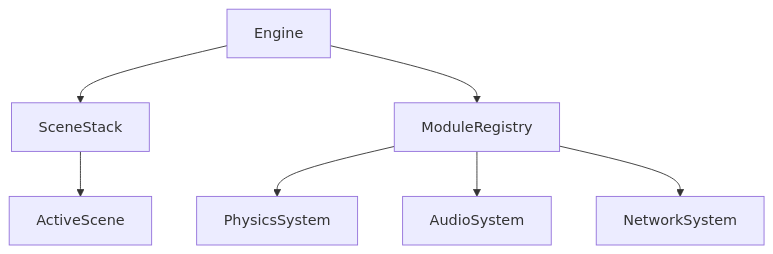
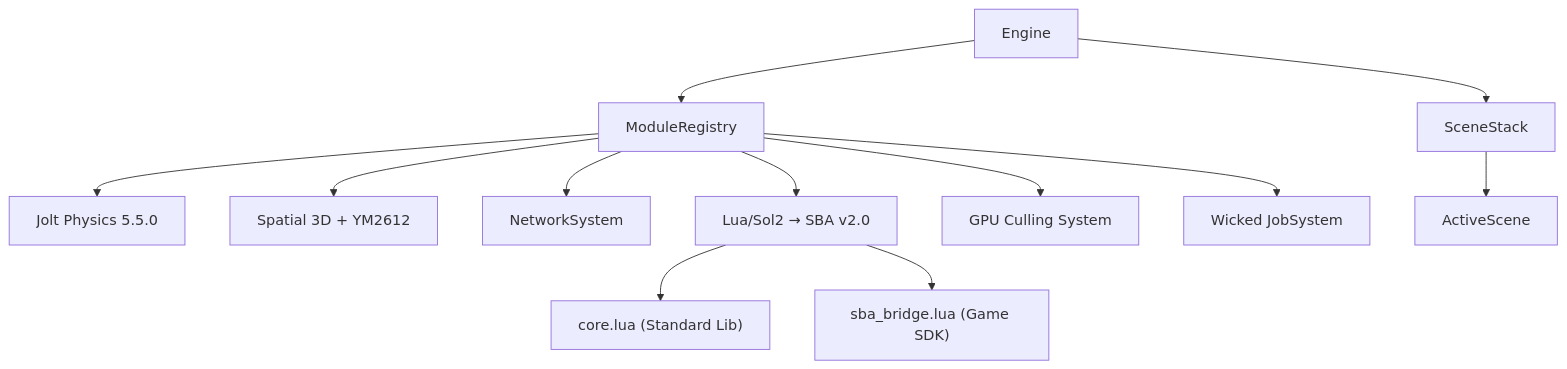
Before and after one commit to DragonBlackOne/Starlight-Engine-1.0: the first of 2 diagrams in StarlightEngine/docs/ARCHITECTURE.md, drawn with Mermaid. The commit also changed other lines of this file and 349 other files, not shown here.

````diff
--- a/StarlightEngine/docs/ARCHITECTURE.md
+++ b/StarlightEngine/docs/ARCHITECTURE.md
@@ -12,9 +13,14 @@
 ```mermaid
 graph TD
     Engine --> SceneStack
     Engine --> ModuleRegistry
-    ModuleRegistry --> PhysicsSystem
-    ModuleRegistry --> AudioSystem
+    ModuleRegistry --> PhysicsSystem["Jolt Physics 5.5.0"]
+    ModuleRegistry --> AudioSystem["Spatial 3D + YM2612"]
     ModuleRegistry --> NetworkSystem
+    ModuleRegistry --> ScriptSystem["Lua/Sol2 → SBA v2.0"]
+    ModuleRegistry --> GPUCulling["GPU Culling System"]
+    ModuleRegistry --> JobSystem["Wicked JobSystem"]
     SceneStack --> ActiveScene
+    ScriptSystem --> CoreLua["core.lua (Standard Lib)"]
+    ScriptSystem --> SBABridge["sba_bridge.lua (Game SDK)"]
 ```
````
